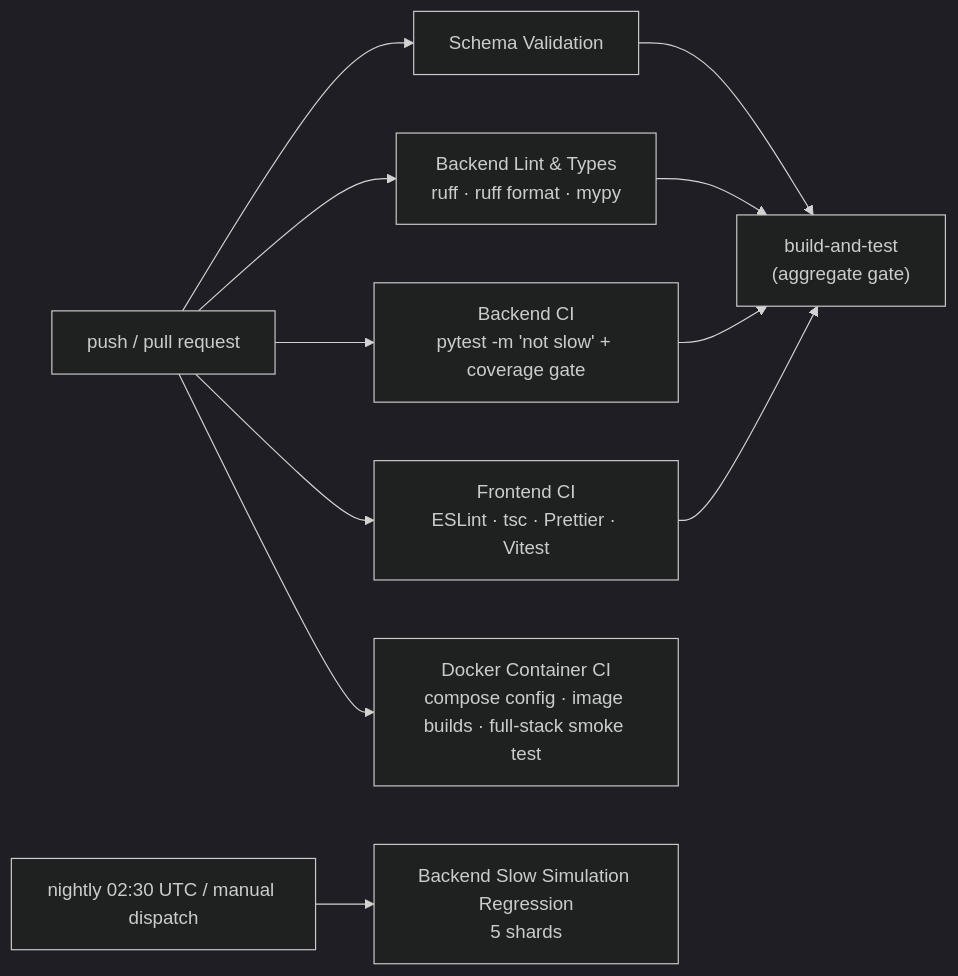
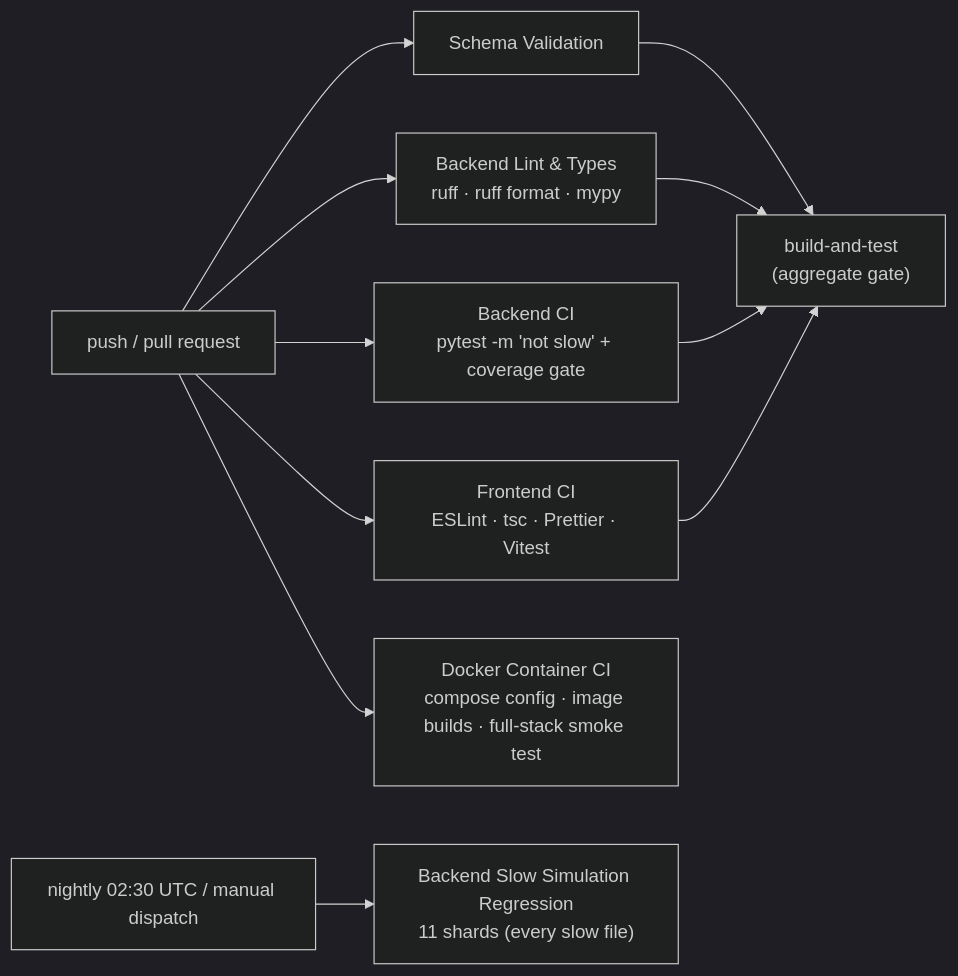
The second of 2 diagrams in docs/testing/README.md (Viraj281105/Traffic-Simulation), drawn with Mermaid (dark theme) before and after one commit. The commit also changed other lines of this file and 8 other files, not shown here.

First line of the commit message:
docs: V2.0 release-gate evidence, corrected roadmap status and operator notes

````diff
--- a/docs/testing/README.md
+++ b/docs/testing/README.md
@@ -118,10 +130,10 @@
 ```mermaid
 flowchart LR
     P["push / pull request"] --> V["Schema Validation"]
     P --> BL["Backend Lint & Types<br/>ruff · ruff format · mypy"]
     P --> BT["Backend CI<br/>pytest -m 'not slow' + coverage gate"]
     P --> FE["Frontend CI<br/>ESLint · tsc · Prettier · Vitest"]
     V & BL & BT & FE --> G["build-and-test<br/>(aggregate gate)"]
     P --> DK["Docker Container CI<br/>compose config · image builds · full-stack smoke test"]
-    N["nightly 02:30 UTC / manual dispatch"] --> SL["Backend Slow Simulation Regression<br/>5 shards"]
+    N["nightly 02:30 UTC / manual dispatch"] --> SL["Backend Slow Simulation Regression<br/>11 shards (every slow file)"]
 ```
````
